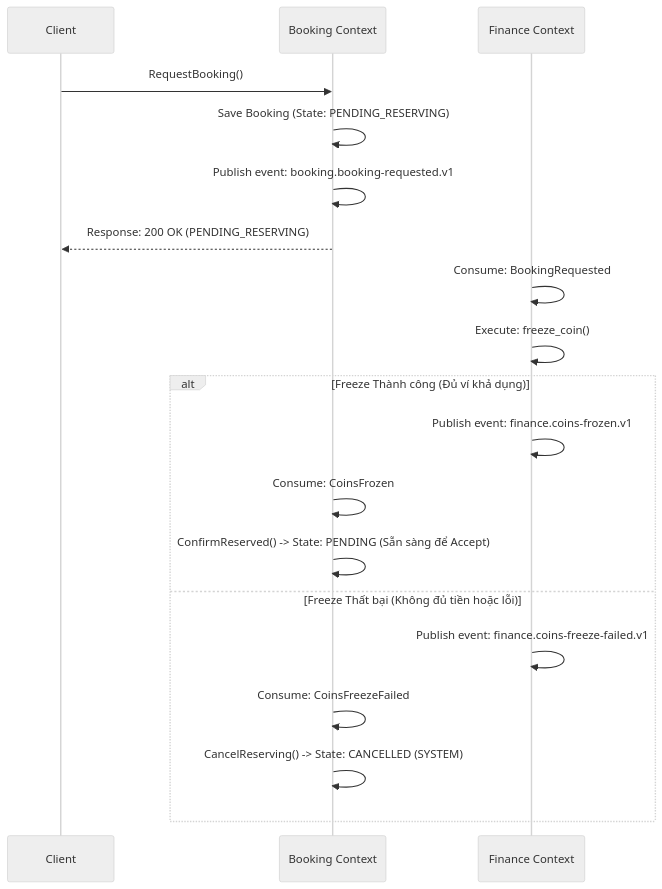
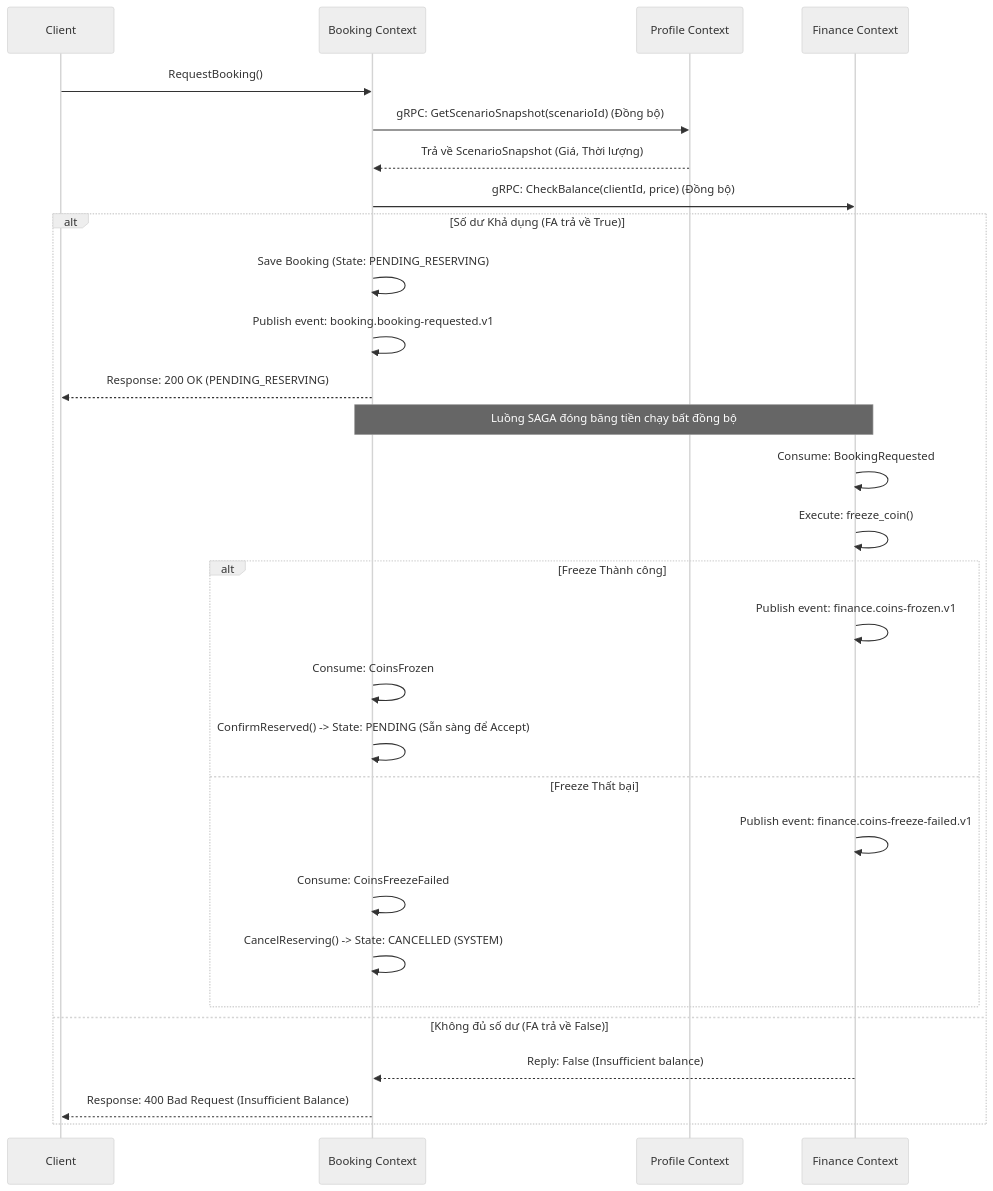
Before and after one commit to tianshi04/rent-a-girlfriend: the first of 3 diagrams in docs/04_Distributed_Transactions/02_saga_workflows.md, drawn with Mermaid (neutral theme). The commit also changed other lines of this file, not shown here.

Commit message:
docs(saga): update booking request saga workflow documentation

````diff
--- a/docs/04_Distributed_Transactions/02_saga_workflows.md
+++ b/docs/04_Distributed_Transactions/02_saga_workflows.md
@@ -13,23 +17,34 @@
 ```mermaid
 sequenceDiagram
     participant CL as Client
     participant BA as Booking Context
+    participant PR as Profile Context
     participant FA as Finance Context
 
     CL->>BA: RequestBooking()
-    BA->>BA: Save Booking (State: PENDING_RESERVING)
-    BA->>BA: Publish event: booking.booking-requested.v1
-    BA-->>CL: Response: 200 OK (PENDING_RESERVING)
-
-    FA->>FA: Consume: BookingRequested
-    FA->>FA: Execute: freeze_coin()
-    alt Freeze Thành công (Đủ ví khả dụng)
-        FA->>FA: Publish event: finance.coins-frozen.v1
-        BA->>BA: Consume: CoinsFrozen
-        BA->>BA: ConfirmReserved() -> State: PENDING (Sẵn sàng để Accept)
-    else Freeze Thất bại (Không đủ tiền hoặc lỗi)
-        FA->>FA: Publish event: finance.coins-freeze-failed.v1
-        BA->>BA: Consume: CoinsFreezeFailed
-        BA->>BA: CancelReserving() -> State: CANCELLED (SYSTEM)
+    BA->>PR: gRPC: GetScenarioSnapshot(scenarioId) (Đồng bộ)
+    PR-->>BA: Trả về ScenarioSnapshot (Giá, Thời lượng)
+    
+    BA->>FA: gRPC: CheckBalance(clientId, price) (Đồng bộ)
+    alt Số dư Khả dụng (FA trả về True)
+        BA->>BA: Save Booking (State: PENDING_RESERVING)
+        BA->>BA: Publish event: booking.booking-requested.v1
+        BA-->>CL: Response: 200 OK (PENDING_RESERVING)
+        
+        Note over BA, FA: Luồng SAGA đóng băng tiền chạy bất đồng bộ
+        FA->>FA: Consume: BookingRequested
+        FA->>FA: Execute: freeze_coin()
+        alt Freeze Thành công
+            FA->>FA: Publish event: finance.coins-frozen.v1
+            BA->>BA: Consume: CoinsFrozen
+            BA->>BA: ConfirmReserved() -> State: PENDING (Sẵn sàng để Accept)
+        else Freeze Thất bại
+            FA->>FA: Publish event: finance.coins-freeze-failed.v1
+            BA->>BA: Consume: CoinsFreezeFailed
+            BA->>BA: CancelReserving() -> State: CANCELLED (SYSTEM)
+        end
+    else Không đủ số dư (FA trả về False)
+        FA-->>BA: Reply: False (Insufficient balance)
+        BA-->>CL: Response: 400 Bad Request (Insufficient Balance)
     end
 ```
````
